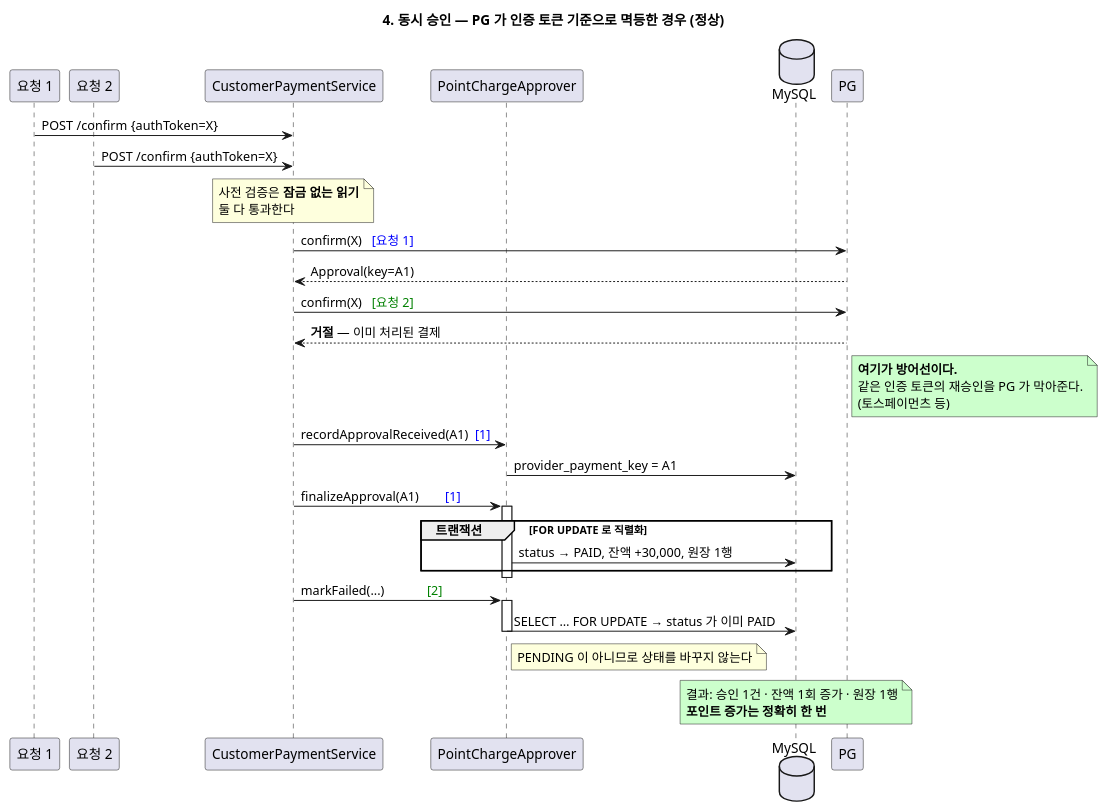
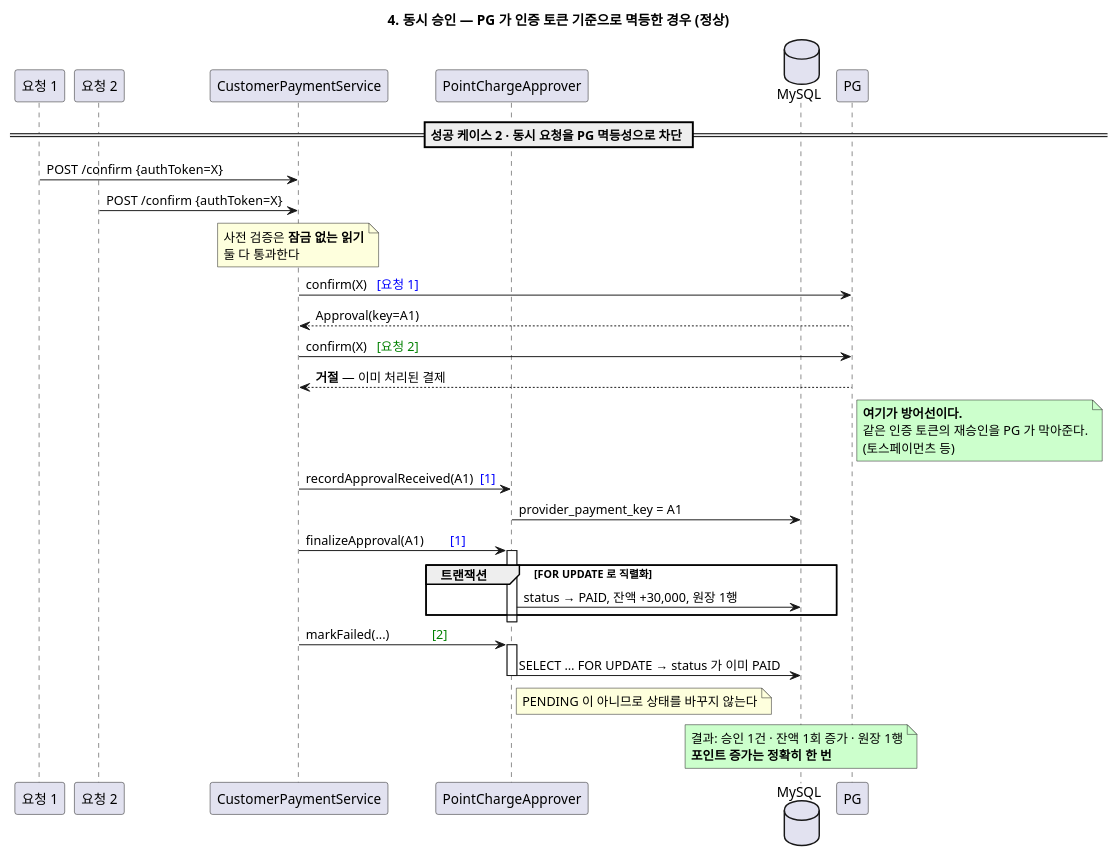
The fourth of 7 diagrams in docs/결제승인_관련_다이어그램/06-point-charge-sequence.puml (softeerbootcamp-8th/WEB-Team7-Turkey), drawn with PlantUML before and after one commit. The commit also changed other lines of this file and 7 other files, not shown here.

First line of the commit message:
docs: 결제 승인 시퀀스 다이어그램 갱신

```diff
--- a/docs/결제승인_관련_다이어그램/06-point-charge-sequence.puml
+++ b/docs/결제승인_관련_다이어그램/06-point-charge-sequence.puml
@@ -207,44 +220,45 @@
 @startuml 04-동시승인-PG멱등
 title 4. 동시 승인 — PG 가 인증 토큰 기준으로 멱등한 경우 (정상)
 
 participant "요청 1" as T1
 participant "요청 2" as T2
 participant "CustomerPaymentService" as S
 participant "PointChargeApprover" as A
 database "MySQL" as DB
 participant "PG" as PG
 
+== 성공 케이스 2 · 동시 요청을 PG 멱등성으로 차단 ==
 T1 -> S: POST /confirm {authToken=X}
 T2 -> S: POST /confirm {authToken=X}
 note over S: 사전 검증은 <b>잠금 없는 읽기</b>\n둘 다 통과한다
 
 S -> PG: confirm(X)   <font color=blue>[요청 1]</font>
 PG --> S: Approval(key=A1)
 S -> PG: confirm(X)   <font color=green>[요청 2]</font>
 PG --> S: <b>거절</b> — 이미 처리된 결제
 note right of PG #CCFFCC
   <b>여기가 방어선이다.</b>
   같은 인증 토큰의 재승인을 PG 가 막아준다.
   (토스페이먼츠 등)
 end note
 
 S -> A: recordApprovalReceived(A1)  <font color=blue>[1]</font>
 A -> DB: provider_payment_key = A1
 S -> A: finalizeApproval(A1)        <font color=blue>[1]</font>
 activate A
 group 트랜잭션 [FOR UPDATE 로 직렬화]
   A -> DB: status → PAID, 잔액 +30,000, 원장 1행
 end
 deactivate A
 
 S -> A: markFailed(...)             <font color=green>[2]</font>
 activate A
 A -> DB: SELECT … FOR UPDATE → status 가 이미 PAID
 note right of A: PENDING 이 아니므로 상태를 바꾸지 않는다
 deactivate A
 
 note over DB #CCFFCC
   결과: 승인 1건 · 잔액 1회 증가 · 원장 1행
   <b>포인트 증가는 정확히 한 번</b>
 end note
 @enduml
```
